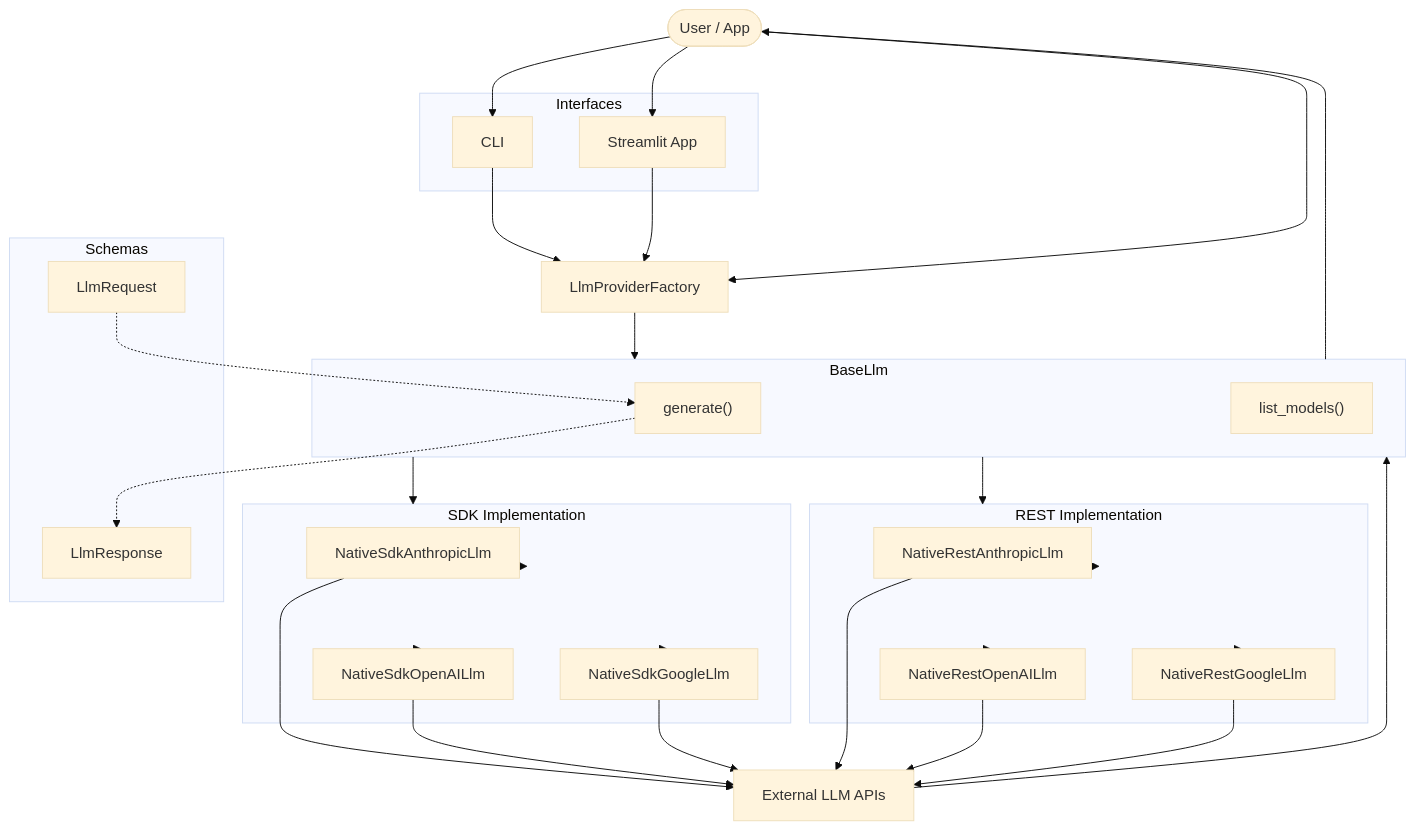
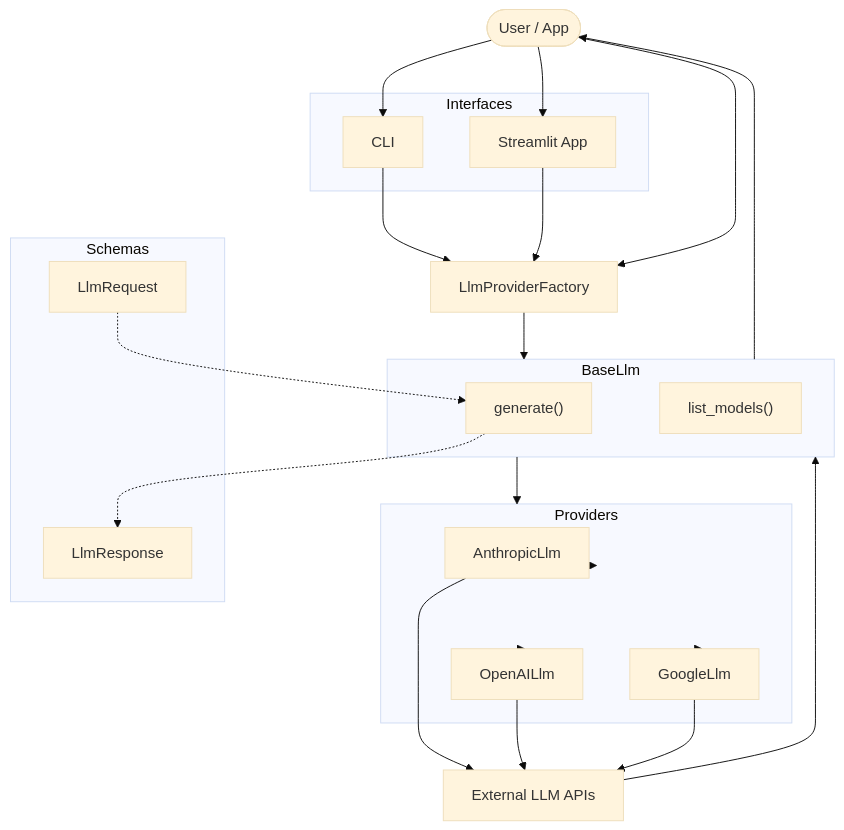
The diagram in README.md (siddarthanath/relay), drawn with Mermaid (base theme) before and after one commit. The commit also changed other lines of this file and 37 other files, not shown here.

First line of the commit message:
Consolidate to SDK-only + add marking-ready LLM features

````diff
--- a/README.md
+++ b/README.md
@@ -37,60 +37,47 @@
 ```mermaid
 flowchart TD
     User(["User / App"])
 
     subgraph Interfaces
         CLI["CLI"]
         ST["Streamlit App"]
     end
 
     subgraph Schemas
         REQ["LlmRequest"]
         RESP["LlmResponse"]
     end
 
     Factory["LlmProviderFactory"]
 
     subgraph Base["BaseLlm"]
         GEN["generate()"]
         LIST["list_models()"]
     end
 
-    subgraph SDK["SDK Implementation"]
-        SDK_A["NativeSdkAnthropicLlm"]
-        SDK_O["NativeSdkOpenAILlm"]
-        SDK_G["NativeSdkGoogleLlm"]
-    end
-
-    subgraph REST["REST Implementation"]
-        REST_A["NativeRestAnthropicLlm"]
-        REST_O["NativeRestOpenAILlm"]
-        REST_G["NativeRestGoogleLlm"]
+    subgraph Providers["Providers"]
+        P_A["AnthropicLlm"]
+        P_O["OpenAILlm"]
+        P_G["GoogleLlm"]
     end
 
     LLMs["External LLM APIs"]
 
     User --> CLI
     User --> ST
     CLI --> Factory
     ST --> Factory
     User --> Factory
     Factory --> Base
-    Base --> SDK
-    Base --> REST
-    SDK --> SDK_A
-    SDK --> SDK_O
-    SDK --> SDK_G
-    REST --> REST_A
-    REST --> REST_O
-    REST --> REST_G
-    SDK_A --> LLMs
-    SDK_O --> LLMs
-    SDK_G --> LLMs
-    REST_A --> LLMs
-    REST_O --> LLMs
-    REST_G --> LLMs
+    Base --> Providers
+    Providers --> P_A
+    Providers --> P_O
+    Providers --> P_G
+    P_A --> LLMs
+    P_O --> LLMs
+    P_G --> LLMs
     LLMs --> Base
     Base --> User
     REQ -.-> GEN
     GEN -.-> RESP
 ```
````
